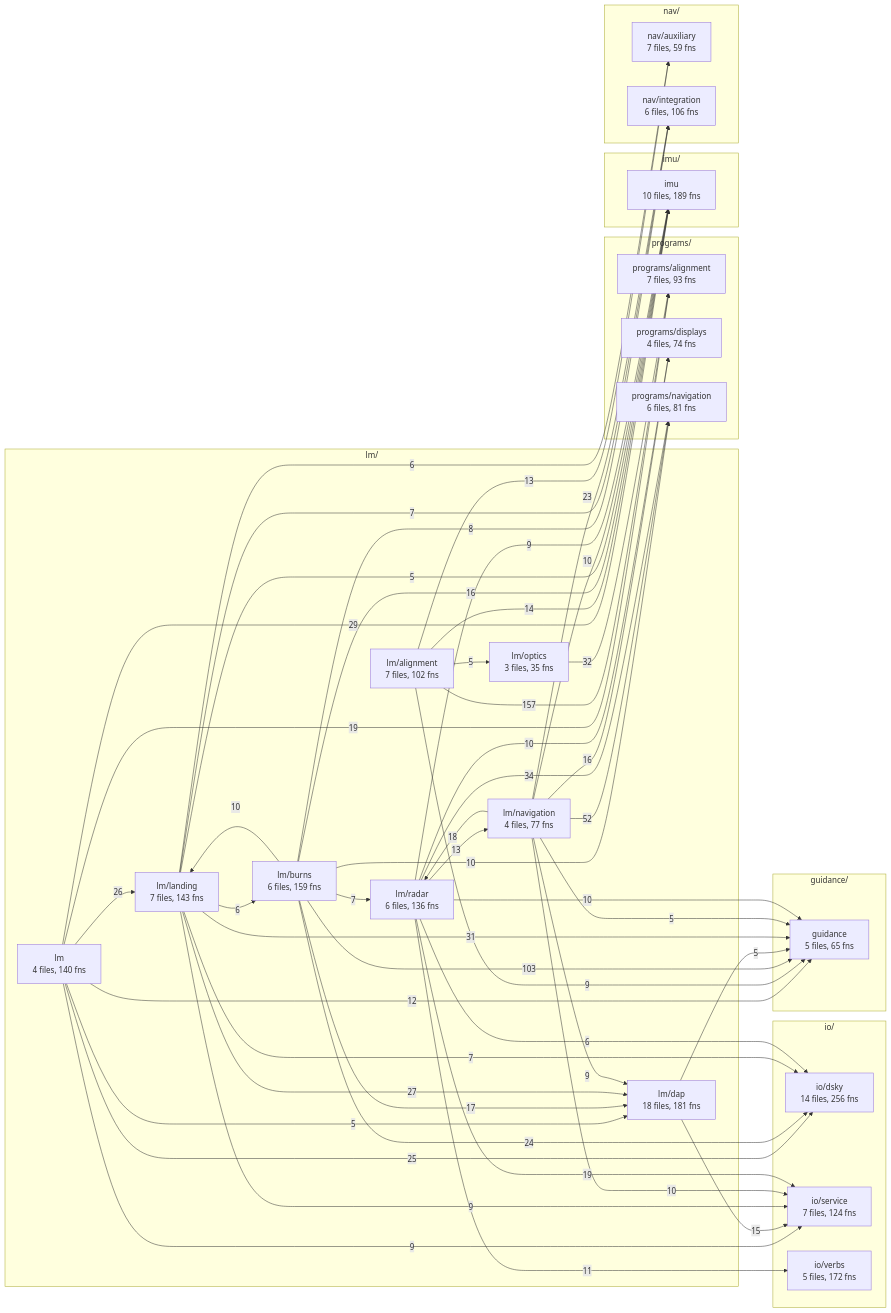
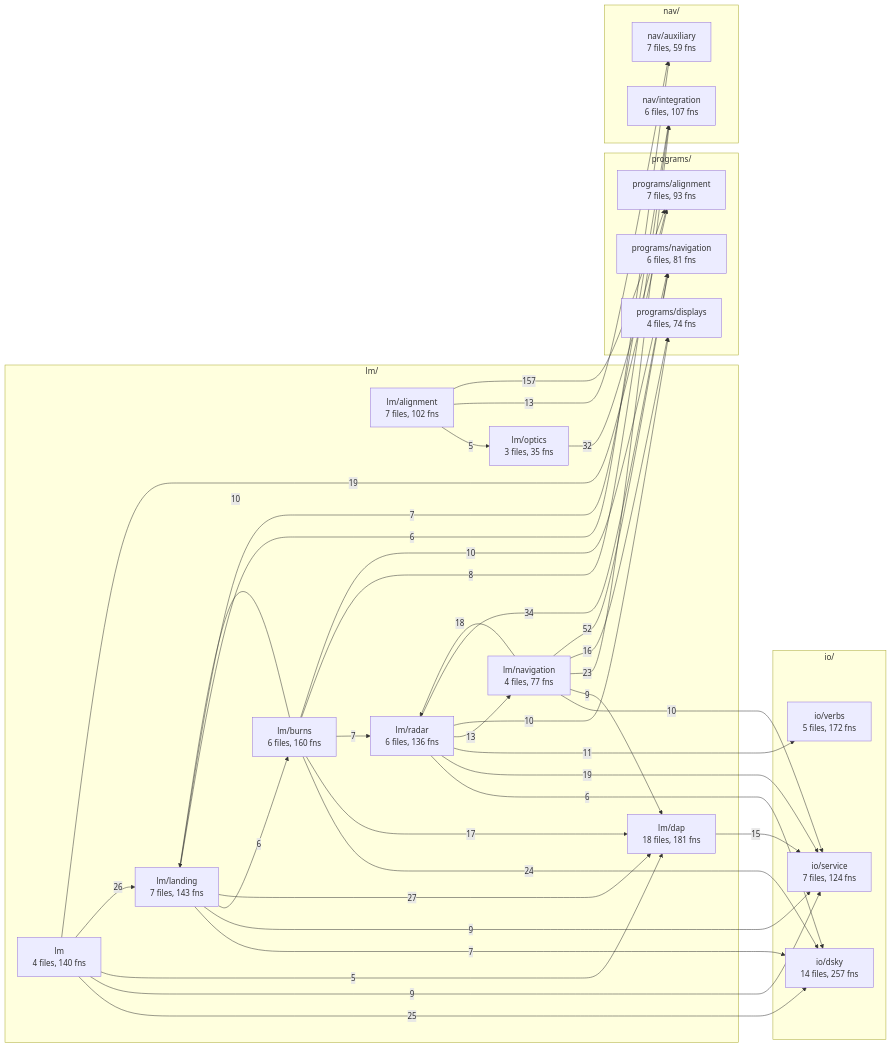
The fourth of 5 diagrams in docs/overview/README.md (bobjoe400/apollo-c), drawn with Mermaid before and after one commit. The commit also changed other lines of this file and 67 other files, not shown here.

First line of the commit message:
document: program-flow sections in every lane note, TIPS by topic, README Status/Documentation, overview and xref regenerated

````diff
--- a/docs/overview/README.md
+++ b/docs/overview/README.md
@@ -466,80 +461,61 @@
 ```mermaid
 flowchart LR
     subgraph lm_layer["lm/"]
         lm["lm<br/>4 files, 140 fns"]
         lm_alignment["lm/alignment<br/>7 files, 102 fns"]
-        lm_burns["lm/burns<br/>6 files, 159 fns"]
+        lm_burns["lm/burns<br/>6 files, 160 fns"]
         lm_dap["lm/dap<br/>18 files, 181 fns"]
         lm_landing["lm/landing<br/>7 files, 143 fns"]
         lm_navigation["lm/navigation<br/>4 files, 77 fns"]
         lm_optics["lm/optics<br/>3 files, 35 fns"]
         lm_radar["lm/radar<br/>6 files, 136 fns"]
     end
     subgraph programs_layer["programs/"]
         programs_alignment["programs/alignment<br/>7 files, 93 fns"]
         programs_displays["programs/displays<br/>4 files, 74 fns"]
         programs_navigation["programs/navigation<br/>6 files, 81 fns"]
     end
-    subgraph guidance_layer["guidance/"]
-        guidance["guidance<br/>5 files, 65 fns"]
-    end
     subgraph io_layer["io/"]
-        io_dsky["io/dsky<br/>14 files, 256 fns"]
+        io_dsky["io/dsky<br/>14 files, 257 fns"]
         io_service["io/service<br/>7 files, 124 fns"]
         io_verbs["io/verbs<br/>5 files, 172 fns"]
     end
-    subgraph imu_layer["imu/"]
-        imu["imu<br/>10 files, 189 fns"]
-    end
     subgraph nav_layer["nav/"]
         nav_auxiliary["nav/auxiliary<br/>7 files, 59 fns"]
-        nav_integration["nav/integration<br/>6 files, 106 fns"]
+        nav_integration["nav/integration<br/>6 files, 107 fns"]
     end
-    lm -->|12| guidance
-    lm -->|29| imu
     lm -->|25| io_dsky
     lm -->|9| io_service
     lm -->|5| lm_dap
     lm -->|26| lm_landing
     lm -->|19| programs_alignment
-    lm_alignment -->|9| guidance
-    lm_alignment -->|14| imu
     lm_alignment -->|5| lm_optics
     lm_alignment -->|13| nav_auxiliary
     lm_alignment -->|157| programs_alignment
-    lm_burns -->|103| guidance
-    lm_burns -->|16| imu
     lm_burns -->|24| io_dsky
     lm_burns -->|17| lm_dap
     lm_burns -->|10| lm_landing
     lm_burns -->|7| lm_radar
     lm_burns -->|8| nav_integration
     lm_burns -->|10| programs_navigation
-    lm_dap -->|5| guidance
     lm_dap -->|15| io_service
-    lm_landing -->|31| guidance
-    lm_landing -->|5| imu
     lm_landing -->|7| io_dsky
     lm_landing -->|9| io_service
     lm_landing -->|6| lm_burns
     lm_landing -->|27| lm_dap
     lm_landing -->|6| nav_auxiliary
     lm_landing -->|7| nav_integration
-    lm_navigation -->|5| guidance
-    lm_navigation -->|10| imu
     lm_navigation -->|10| io_service
     lm_navigation -->|9| lm_dap
     lm_navigation -->|18| lm_radar
     lm_navigation -->|23| nav_integration
     lm_navigation -->|16| programs_displays
     lm_navigation -->|52| programs_navigation
     lm_optics -->|32| programs_alignment
-    lm_radar -->|10| guidance
-    lm_radar -->|9| imu
     lm_radar -->|6| io_dsky
     lm_radar -->|19| io_service
     lm_radar -->|11| io_verbs
     lm_radar -->|13| lm_navigation
     lm_radar -->|10| programs_displays
     lm_radar -->|34| programs_navigation
 ```
````
